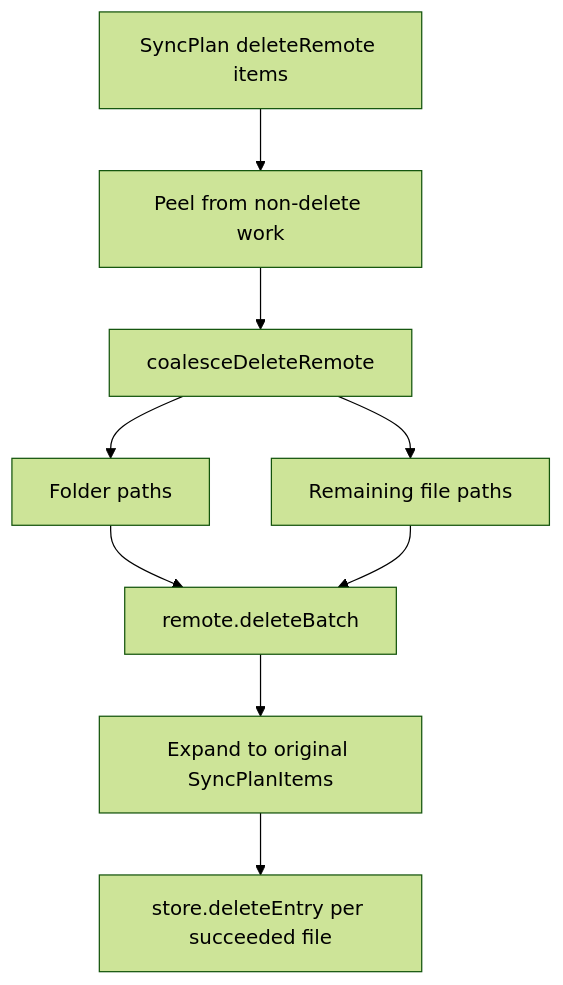
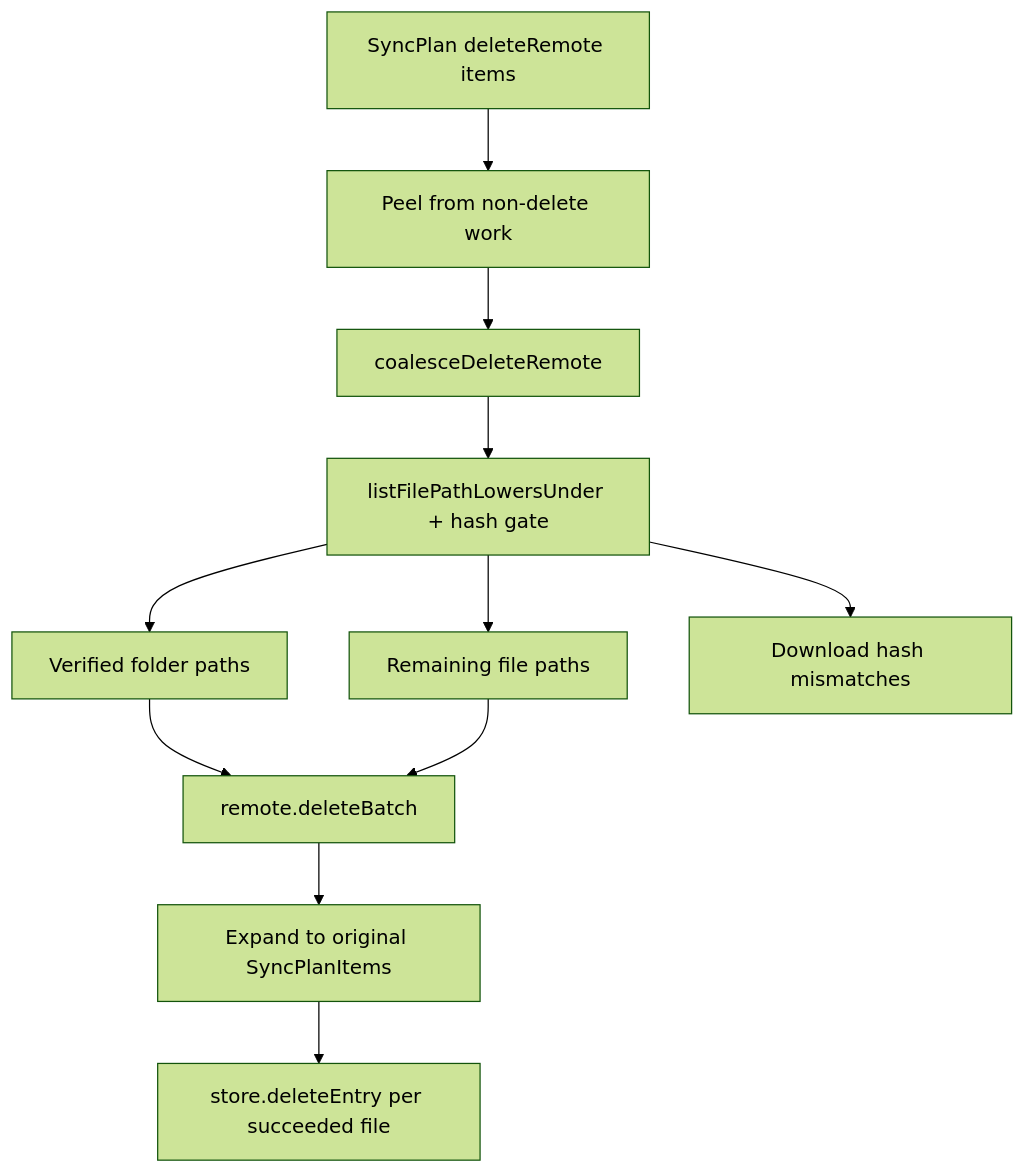
The diagram in docs/remote-mass-deletes.md (daledesilva/obsidian-dropbox-sync), drawn with Mermaid (forest theme) before and after one commit. The commit also changed other lines of this file and 15 other files, not shown here.

Commit message:
fixed: Gated folder delete coalesce with empty-snapshot refusal, multi-section remote unions, and live Dropbox list plus hash checks before recursive delete_batch. Rescued hash mismatches via download so folder deletes cannot wipe unmanaged or newer remote children.

````diff
--- a/docs/remote-mass-deletes.md
+++ b/docs/remote-mass-deletes.md
@@ -25,11 +25,13 @@
 ```mermaid
 flowchart TD
   Plan["SyncPlan deleteRemote items"] --> Peel["Peel from non-delete work"]
   Peel --> Coalesce["coalesceDeleteRemote"]
-  Coalesce --> Folders["Folder paths"]
-  Coalesce --> Files["Remaining file paths"]
+  Coalesce --> Verify["listFilePathLowersUnder + hash gate"]
+  Verify --> Folders["Verified folder paths"]
+  Verify --> Files["Remaining file paths"]
+  Verify --> Rescue["Download hash mismatches"]
   Folders --> Batch["remote.deleteBatch"]
   Files --> Batch
   Batch --> Expand["Expand to original SyncPlanItems"]
   Expand --> Store["store.deleteEntry per succeeded file"]
 ```
````
